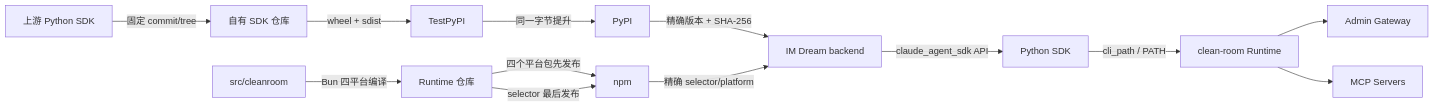
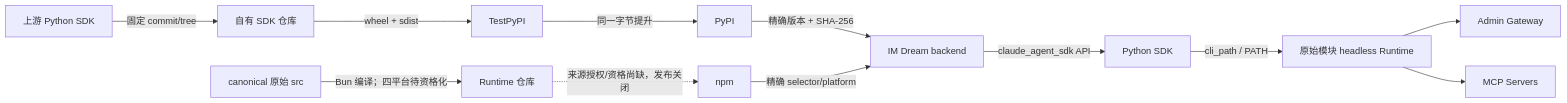
One commit to glide-the/im-dream changed the diagram in docs/deploy/claude-sdk-runtime-packaging-and-integration.md. Above: the diagram before and after it, drawn with Mermaid. The commit also changed other lines of this file and 26 other files, not shown here.

````diff
--- a/docs/deploy/claude-sdk-runtime-packaging-and-integration.md
+++ b/docs/deploy/claude-sdk-runtime-packaging-and-integration.md
@@ -445,15 +453,14 @@
 ```mermaid
 flowchart LR
     US[上游 Python SDK] -->|固定 commit/tree| SR[自有 SDK 仓库]
     SR -->|wheel + sdist| TP[TestPyPI]
     TP -->|同一字节提升| PP[PyPI]
-    CR[src/cleanroom] -->|Bun 四平台编译| RR[Runtime 仓库]
-    RR -->|四个平台包先发布| NP[npm]
-    RR -->|selector 最后发布| NP
+    CR[canonical 原始 src] -->|Bun 编译；四平台待资格化| RR[Runtime 仓库]
+    RR -.->|来源授权/资格尚缺，发布关闭| NP[npm]
     PP -->|精确版本 + SHA-256| D[IM Dream backend]
     NP -->|精确 selector/platform| D
     D -->|claude_agent_sdk API| SDK[Python SDK]
-    SDK -->|cli_path / PATH| RT[clean-room Runtime]
+    SDK -->|cli_path / PATH| RT[原始模块 headless Runtime]
     RT --> GW[Admin Gateway]
     RT --> MCP[MCP Servers]
 ```
````
